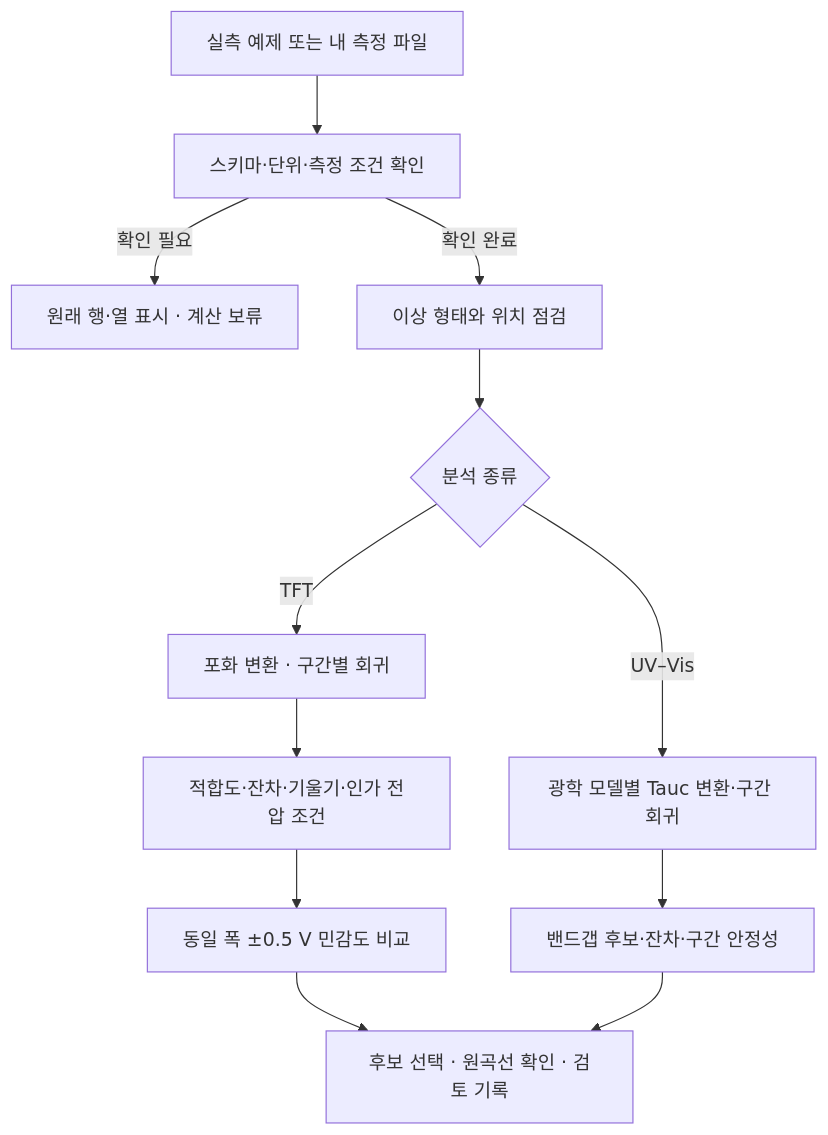
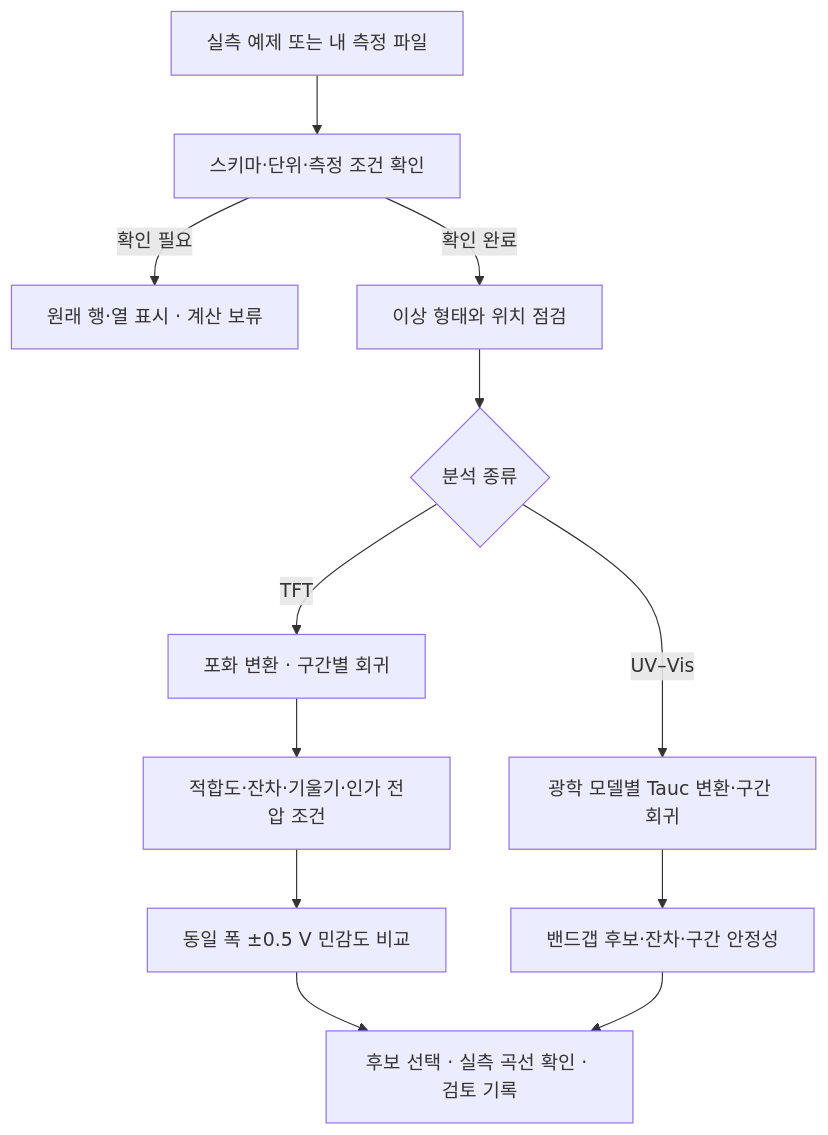
The diagram in README.md (mayiusethisname/tft-tauc-data-review), drawn with Mermaid before and after one commit. The commit also changed 12 other files, not shown here.

````diff
--- a/README.md
+++ b/README.md
@@ -25,14 +25,14 @@
 ```mermaid
 flowchart TD
     A["실측 예제 또는 내 측정 파일"] --> B["스키마·단위·측정 조건 확인"]
     B -->|확인 필요| H["원래 행·열 표시 · 계산 보류"]
     B -->|확인 완료| C["이상 형태와 위치 점검"]
     C --> D{"분석 종류"}
     D -->|TFT| E["포화 변환 · 구간별 회귀"]
     E --> F["적합도·잔차·기울기·인가 전압 조건"]
     F --> G["동일 폭 ±0.5 V 민감도 비교"]
     D -->|UV–Vis| I["광학 모델별 Tauc 변환·구간 회귀"]
     I --> J["밴드갭 후보·잔차·구간 안정성"]
-    G --> K["후보 선택 · 원곡선 확인 · 검토 기록"]
+    G --> K["후보 선택 · 실측 곡선 확인 · 검토 기록"]
     J --> K
 ```
````
